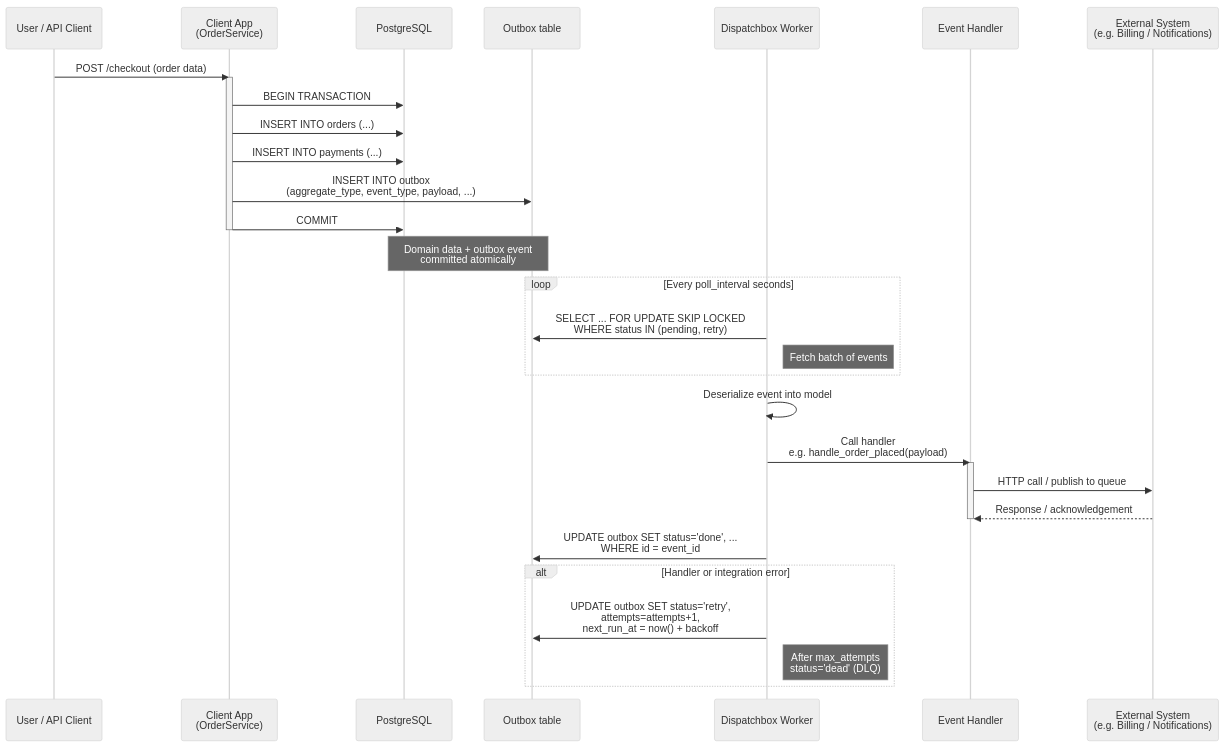
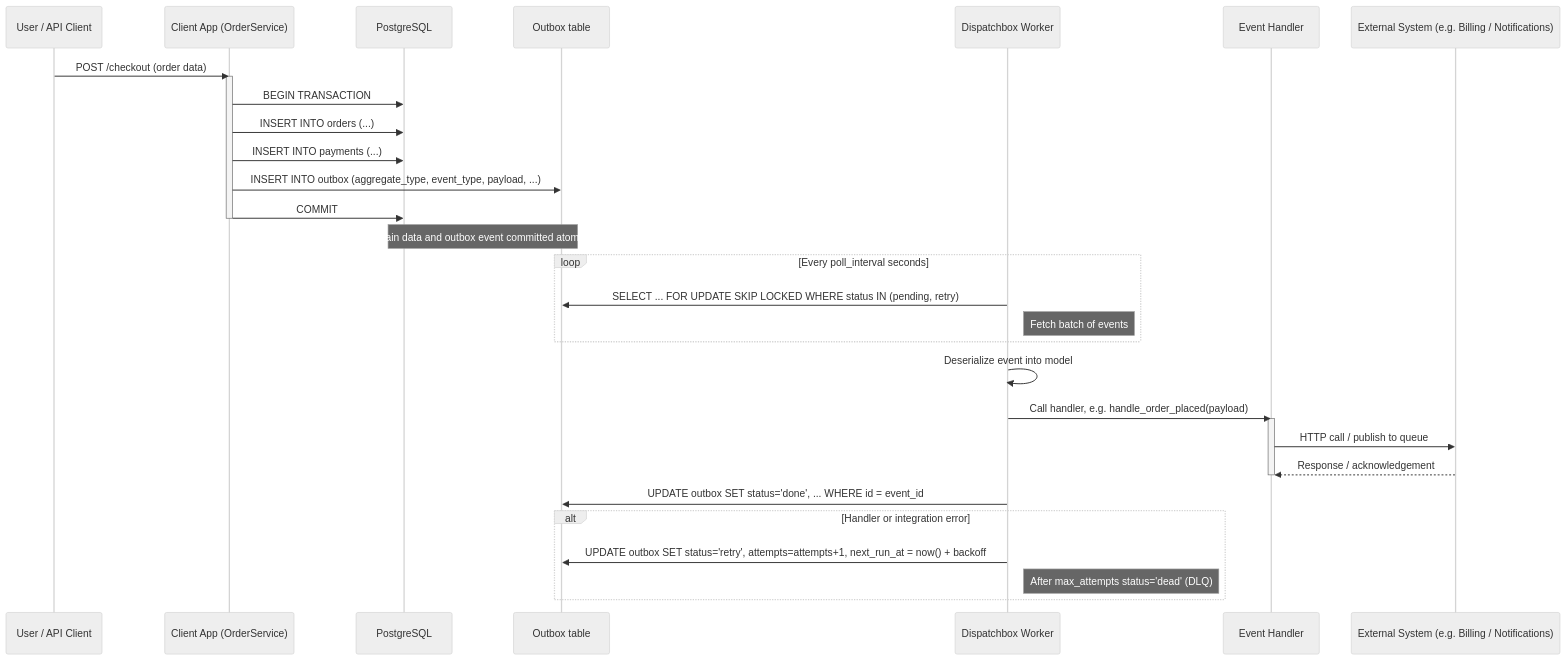
Before and after one commit to magsoftware/dispatchbox: the second of 2 diagrams in README.md, drawn with Mermaid (neutral theme). The commit also changed other lines of this file, not shown here.

Commit message:
docs(readme): fix Mermaid diagrams in README

````diff
--- a/README.md
+++ b/README.md
@@ -318,42 +318,42 @@
 ```mermaid
 sequenceDiagram
     participant User as User / API Client
-    participant App as Client App<br/>(OrderService)
+    participant App as Client App (OrderService)
     participant DB as PostgreSQL
     participant Outbox as Outbox table
     participant DBox as Dispatchbox Worker
     participant H as Event Handler
-    participant Ext as External System<br/>(e.g. Billing / Notifications)
+    participant Ext as External System (e.g. Billing / Notifications)
 
     User->>App: POST /checkout (order data)
     activate App
 
     App->>DB: BEGIN TRANSACTION
     App->>DB: INSERT INTO orders (...)
     App->>DB: INSERT INTO payments (...)
-    App->>Outbox: INSERT INTO outbox<br/>(aggregate_type, event_type, payload, ...)
+    App->>Outbox: INSERT INTO outbox (aggregate_type, event_type, payload, ...)
     App->>DB: COMMIT
     deactivate App
 
-    Note over DB,Outbox: Domain data + outbox event<br/>committed atomically
+    Note over DB,Outbox: Domain data and outbox event committed atomically
 
     loop Every poll_interval seconds
-        DBox->>Outbox: SELECT ... FOR UPDATE SKIP LOCKED<br/>WHERE status IN (pending, retry)
+        DBox->>Outbox: SELECT ... FOR UPDATE SKIP LOCKED WHERE status IN (pending, retry)
         Note right of DBox: Fetch batch of events
     end
 
     DBox->>DBox: Deserialize event into model
-    DBox->>H: Call handler<br/>e.g. handle_order_placed(payload)
+    DBox->>H: Call handler, e.g. handle_order_placed(payload)
     activate H
 
     H->>Ext: HTTP call / publish to queue
     Ext-->>H: Response / acknowledgement
     deactivate H
 
-    DBox->>Outbox: UPDATE outbox SET status='done', ...<br/>WHERE id = event_id
+    DBox->>Outbox: UPDATE outbox SET status='done', ... WHERE id = event_id
 
     alt Handler or integration error
-        DBox->>Outbox: UPDATE outbox SET status='retry',<br/>attempts=attempts+1,<br/>next_run_at = now() + backoff
-        Note right of DBox: After max_attempts<br/>status='dead' (DLQ)
+        DBox->>Outbox: UPDATE outbox SET status='retry', attempts=attempts+1, next_run_at = now() + backoff
+        Note right of DBox: After max_attempts status='dead' (DLQ)
     end
 ```
````
